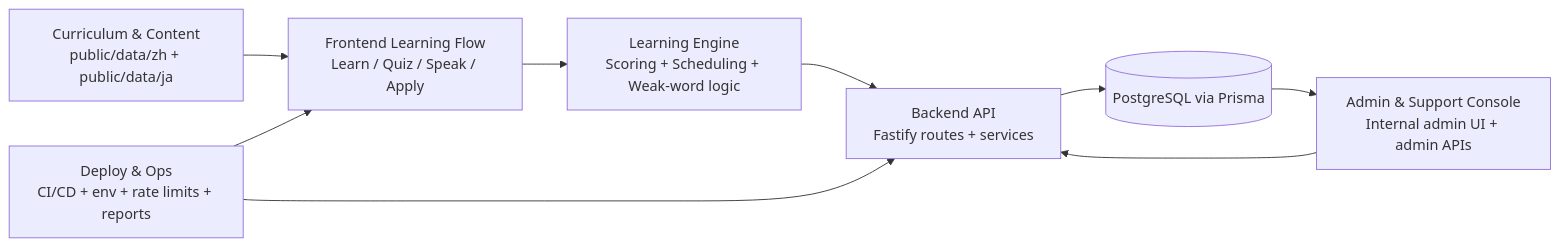
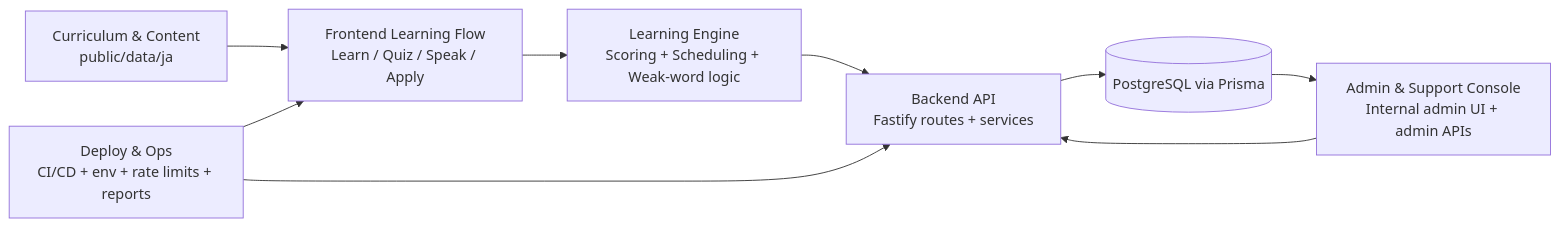
Before and after one commit to mbayers6370/Sonus: the diagram in docs/SYSTEM_OVERVIEW.md, drawn with Mermaid. The commit also changed 145 other files, not shown here.

````diff
--- a/docs/SYSTEM_OVERVIEW.md
+++ b/docs/SYSTEM_OVERVIEW.md
@@ -6,11 +6,11 @@
 ```mermaid
 flowchart LR
-  A[Curriculum & Content\npublic/data/zh + public/data/ja] --> B[Frontend Learning Flow\nLearn / Quiz / Speak / Apply]
+  A[Curriculum & Content\npublic/data/ja] --> B[Frontend Learning Flow\nLearn / Quiz / Speak / Apply]
   B --> C[Learning Engine\nScoring + Scheduling + Weak-word logic]
   C --> D[Backend API\nFastify routes + services]
   D --> E[(PostgreSQL via Prisma)]
   F[Admin & Support Console\nInternal admin UI + admin APIs] --> D
   G[Deploy & Ops\nCI/CD + env + rate limits + reports] --> D
   G --> B
   E --> F
 ```
````
